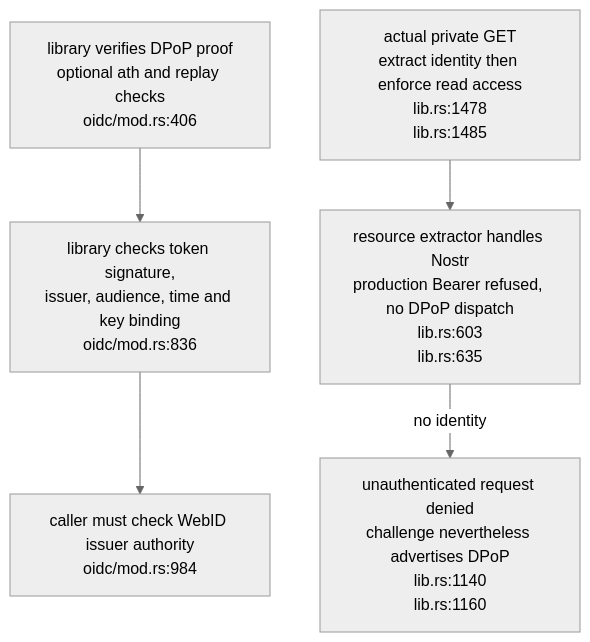
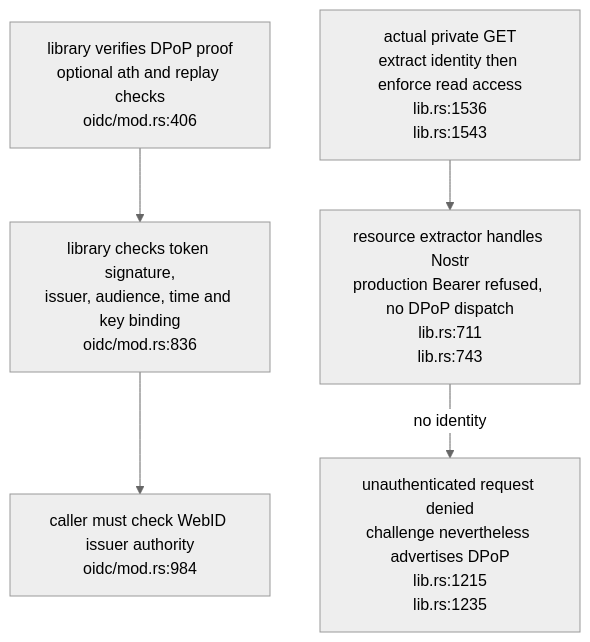
One commit to DreamLab-AI/VisionFlow changed the second of 2 diagrams in docs/diagrams/solid-pod-rs/12-oidc-admission-and-fetching.md. Above: the diagram before and after it, drawn with Mermaid (neutral theme). The commit also changed other lines of this file and 154 other files, not shown here.

First line of the commit message:
docs(diagrams): re-stamp 154 topics whose every citation still reads the same text at the current heads

````diff
--- a/docs/diagrams/solid-pod-rs/12-oidc-admission-and-fetching.md
+++ b/docs/diagrams/solid-pod-rs/12-oidc-admission-and-fetching.md
@@ -40,11 +40,11 @@
 ```mermaid
 flowchart TD
     PROOF["library verifies DPoP proof<br/>optional ath and replay checks<br/>oidc/mod.rs:406"]
     TOKEN["library checks token signature,<br/>issuer, audience, time and key binding<br/>oidc/mod.rs:836"]
     PROFILE["caller must check WebID issuer authority<br/>oidc/mod.rs:984"]
-    GET["actual private GET<br/>extract identity then enforce read access<br/>lib.rs:1478<br/>lib.rs:1485"]
-    AUTH["resource extractor handles Nostr<br/>production Bearer refused, no DPoP dispatch<br/>lib.rs:603<br/>lib.rs:635"]
-    DENY["unauthenticated request denied<br/>challenge nevertheless advertises DPoP<br/>lib.rs:1140<br/>lib.rs:1160"]
+    GET["actual private GET<br/>extract identity then enforce read access<br/>lib.rs:1536<br/>lib.rs:1543"]
+    AUTH["resource extractor handles Nostr<br/>production Bearer refused, no DPoP dispatch<br/>lib.rs:711<br/>lib.rs:743"]
+    DENY["unauthenticated request denied<br/>challenge nevertheless advertises DPoP<br/>lib.rs:1215<br/>lib.rs:1235"]
     PROOF --> TOKEN --> PROFILE
     GET --> AUTH -->|no identity| DENY
 ```
````
